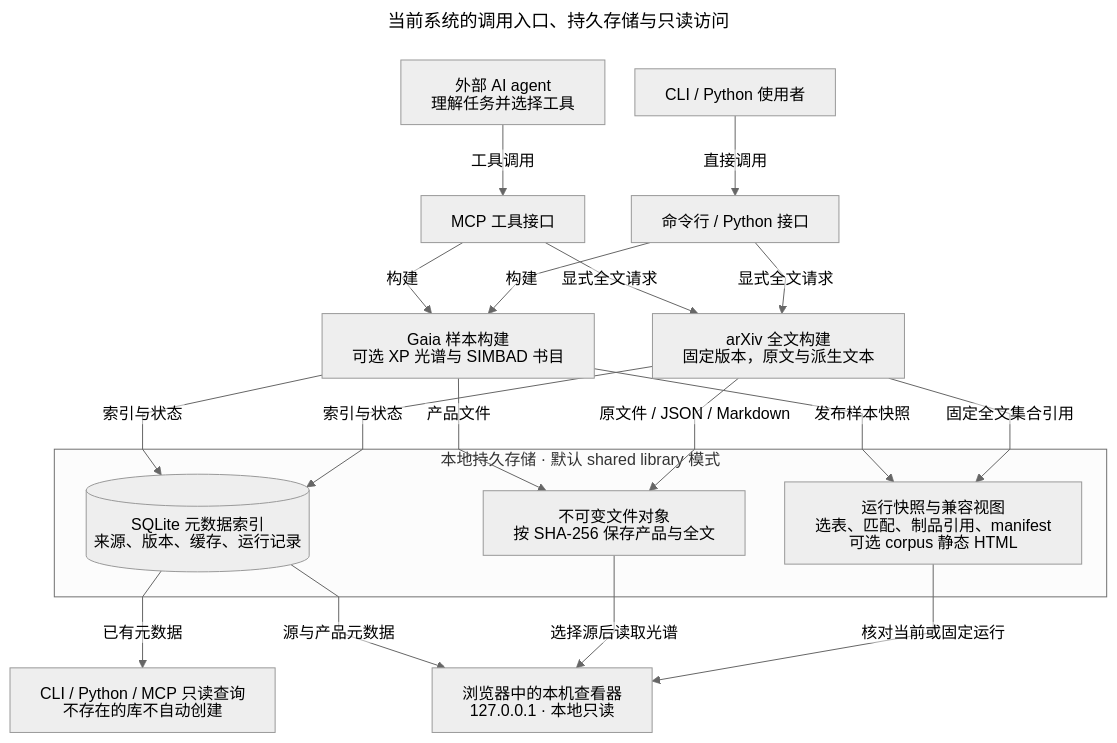
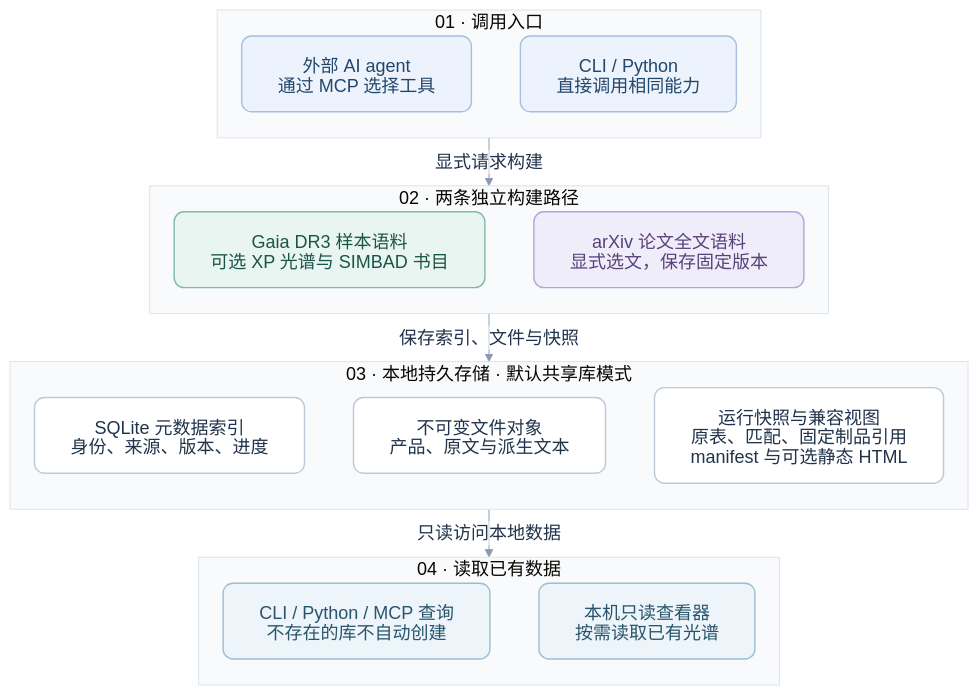
The diagram in docs/diagrams/system-overview.mmd (cetizhao/Astro-Corpus), drawn with Mermaid before and after one commit. The commit also changed 9 other files, not shown here.

Commit message:
docs: redesign README diagrams and add project showcase

```diff
--- a/docs/diagrams/system-overview.mmd
+++ b/docs/diagrams/system-overview.mmd
@@ -1,48 +1,59 @@
 ---
-title: 当前系统的调用入口、持久存储与只读访问
 config:
-  theme: neutral
+  look: classic
+  theme: base
   htmlLabels: false
   fontFamily: 'Noto Sans CJK SC, PingFang SC, Microsoft YaHei, sans-serif'
+  themeVariables:
+    fontSize: 18px
+    primaryTextColor: '#20334b'
+    lineColor: '#8a9bb0'
+    clusterBkg: '#f8fafc'
+    clusterBorder: '#dce4ed'
+    edgeLabelBackground: '#ffffff'
   flowchart:
     htmlLabels: false
-    curve: linear
-    wrappingWidth: 300
-    nodeSpacing: 30
-    rankSpacing: 50
+    curve: basis
+    wrappingWidth: 320
+    nodeSpacing: 32
+    rankSpacing: 24
+    padding: 18
 ---
 flowchart TB
-    agent["外部 AI agent<br/>理解任务并选择工具"]
-    cli["CLI / Python 使用者"]
-    mcp["MCP 工具接口"]
-    api["命令行 / Python 接口"]
-
-    agent -->|工具调用| mcp
-    cli -->|直接调用| api
-    mcp -->|构建| corpus
-    api -->|构建| corpus
-    mcp -->|显式全文请求| paper
-    api -->|显式全文请求| paper
-
-    corpus["Gaia 样本构建<br/>可选 XP 光谱与 SIMBAD 书目"]
-    paper["arXiv 全文构建<br/>固定版本，原文与派生文本"]
-
-    subgraph local["本地持久存储 · 默认 shared library 模式"]
-        db[("SQLite 元数据索引<br/>来源、版本、缓存、运行记录")]
-        objects["不可变文件对象<br/>按 SHA-256 保存产品与全文"]
-        runs["运行快照与兼容视图<br/>选表、匹配、制品引用、manifest<br/>可选 corpus 静态 HTML"]
+    accTitle: Astro-Corpus 系统入口、构建路径与本地访问
+    accDescr: AI agent 通过 MCP 或使用者通过 CLI 和 Python 调用两条独立的构建路径，结果分别保存到 SQLite 索引、不可变文件和运行快照。查询与查看器只读本地已有数据，不触发远程下载。
+    subgraph entry["01 · 调用入口"]
+        direction LR
+        agent["外部 AI agent<br/>通过 MCP 选择工具"]:::entry
+        direct["CLI / Python<br/>直接调用相同能力"]:::entry
+        agent ~~~ direct
+    end
+    subgraph builders["02 · 两条独立构建路径"]
+        direction LR
+        corpus["Gaia DR3 样本语料<br/>可选 XP 光谱与 SIMBAD 书目"]:::sample
+        paper["arXiv 论文全文语料<br/>显式选文，保存固定版本"]:::paper
+        corpus ~~~ paper
+    end
+    subgraph local["03 · 本地持久存储 · 默认共享库模式"]
+        direction LR
+        db["SQLite 元数据索引<br/>身份、来源、版本、进度"]:::storage
+        objects["不可变文件对象<br/>产品、原文与派生文本"]:::storage
+        runs["运行快照与兼容视图<br/>原表、匹配、固定制品引用<br/>manifest 与可选静态 HTML"]:::storage
+        db ~~~ objects ~~~ runs
+    end
+    subgraph access["04 · 读取已有数据"]
+        direction LR
+        query["CLI / Python / MCP 查询<br/>不存在的库不自动创建"]:::reader
+        viewer["本机只读查看器<br/>按需读取已有光谱"]:::reader
+        query ~~~ viewer
     end
 
-    corpus -->|索引与状态| db
-    paper -->|索引与状态| db
-    corpus -->|产品文件| objects
-    paper -->|原文件 / JSON / Markdown| objects
-    corpus -->|发布样本快照| runs
-    paper -->|固定全文集合引用| runs
+    entry -->|显式请求构建| builders
+    builders -->|保存索引、文件与快照| local
+    local -->|只读访问本地数据| access
 
-    query["CLI / Python / MCP 只读查询<br/>不存在的库不自动创建"]
-    viewer["浏览器中的本机查看器<br/>127.0.0.1 · 本地只读"]
-    db -->|已有元数据| query
-    db -->|源与产品元数据| viewer
-    objects -->|选择源后读取光谱| viewer
-    runs -->|核对当前或固定运行| viewer
+    classDef entry fill:#edf3fc,stroke:#a7bfdf,color:#23476b,stroke-width:1.4px,rx:10,ry:10
+    classDef sample fill:#e9f5f1,stroke:#83b8a7,color:#1b5547,stroke-width:1.4px,rx:10,ry:10
+    classDef paper fill:#f0edfa,stroke:#b5a4d5,color:#584078,stroke-width:1.4px,rx:10,ry:10
+    classDef storage fill:#ffffff,stroke:#bdcad8,color:#20334b,stroke-width:1.4px,rx:10,ry:10
+    classDef reader fill:#edf5fa,stroke:#9dbed1,color:#28546c,stroke-width:1.4px,rx:10,ry:10
```
